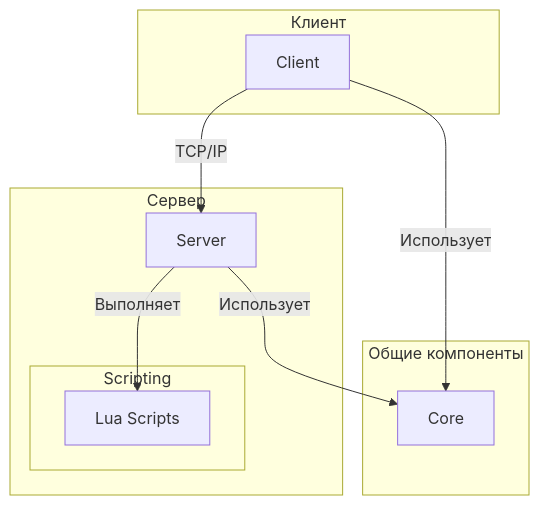
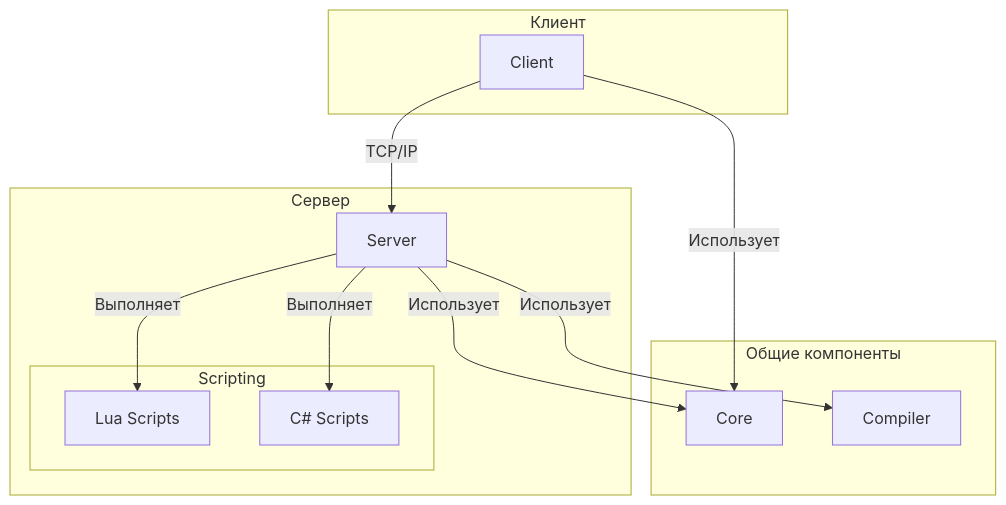
Before and after one commit to jojorwu/BYOND-2.0: the diagram in docs/ru/architecture.md, drawn with Mermaid. The commit also changed other lines of this file and 52 other files, not shown here.

````diff
--- a/docs/ru/architecture.md
+++ b/docs/ru/architecture.md
@@ -17,22 +19,26 @@
 ```mermaid
 graph TD
     subgraph Клиент
         C[Client]
     end
 
     subgraph Сервер
         S[Server]
         subgraph Scripting
-            L[Lua Scripts]
+            LUA[Lua Scripts]
+            CS[C# Scripts]
         end
     end
 
     subgraph Общие компоненты
         Co[Core]
+        CMP[Compiler]
     end
 
     C -- "TCP/IP" --> S
     S -- "Использует" --> Co
     C -- "Использует" --> Co
-    S -- "Выполняет" --> L
+    S -- "Выполняет" --> LUA
+    S -- "Выполняет" --> CS
+    S -- "Использует" --> CMP
 ```
````
